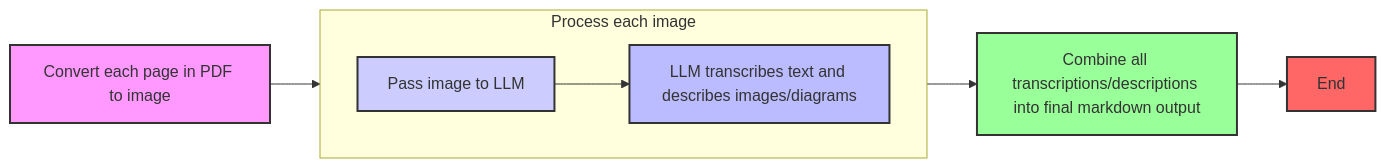
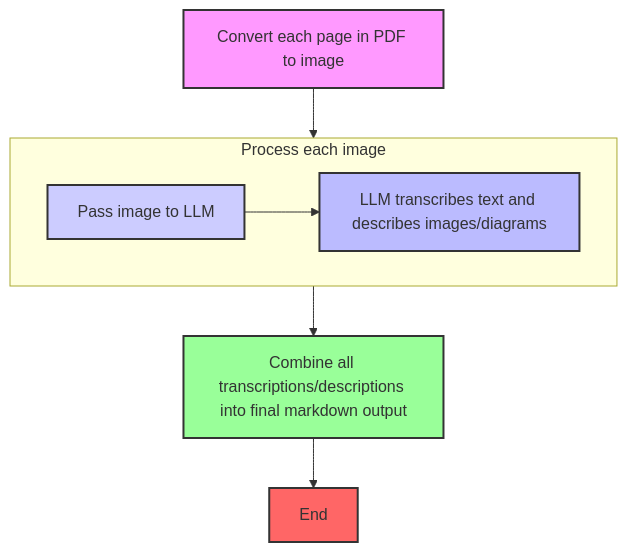
The first of 2 diagrams in README.md (DanGiannone1/document_ingestion_for_genai), drawn with Mermaid before and after one commit. The commit also changed other lines of this file, not shown here.

````diff
--- a/README.md
+++ b/README.md
@@ -40,16 +40,16 @@
 ```mermaid
-graph LR
+graph TD
 B[Convert each page in PDF to image]
 B --> C;
 subgraph "Process each image"
 direction LR
 C[Pass image to LLM] --> D[LLM transcribes text and describes images/diagrams];
 end
 D --> F[Combine all transcriptions/descriptions into final markdown output];
 F --> G[End];
 style B fill:#f9f,stroke:#333,stroke-width:2px
 style C fill:#ccf,stroke:#333,stroke-width:2px
 style D fill:#bbf,stroke:#333,stroke-width:2px
 style F fill:#9f9,stroke:#333,stroke-width:2px
 style G fill:#f66,stroke:#333,stroke-width:2px
 ```
````
